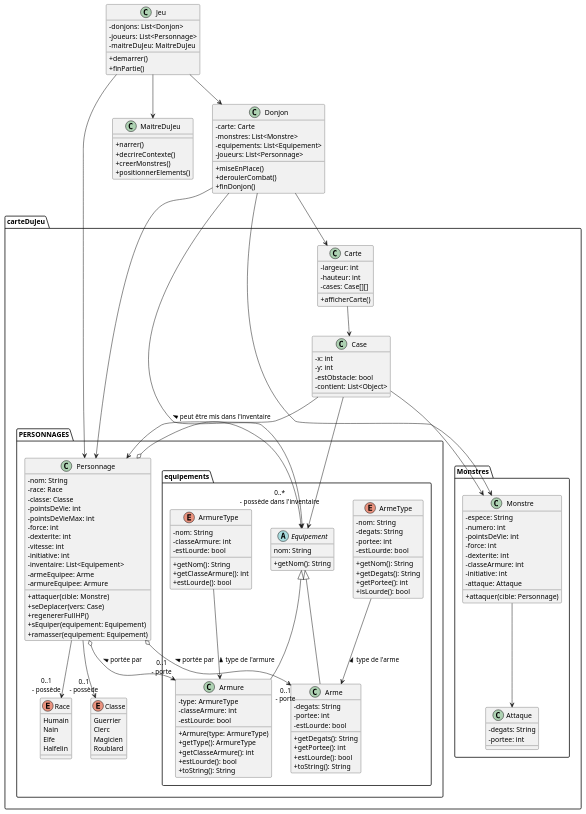
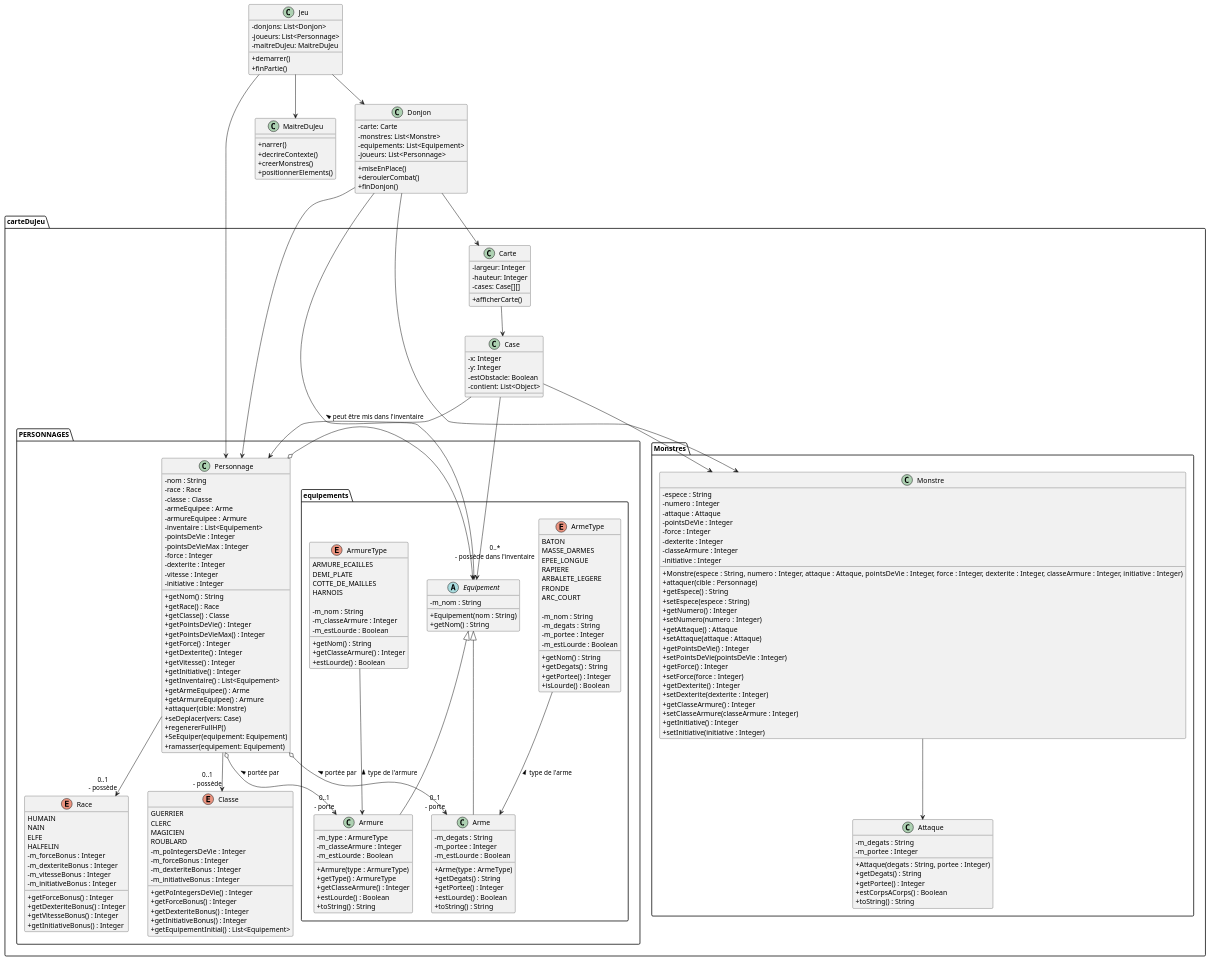
The diagram in uml/umlSemaine1.puml (ArthurALEXANDRE-29/doojons-and-dragons), drawn with PlantUML before and after one commit. The commit also changed 1 other file, not shown here.

Commit message:
mise à jour de l'uml + correction d'une erreur dans Monstres

```diff
--- a/uml/umlSemaine1.puml
+++ b/uml/umlSemaine1.puml
@@ -29,119 +29,191 @@
 }
 package carteDuJeu{
     class Carte {
-      - largeur: int
-      - hauteur: int
+      - largeur: Integer
+      - hauteur: Integer
       - cases: Case[][]
       + afficherCarte()
     }
 
     class Case {
-      - x: int
-      - y: int
-      - estObstacle: bool
+      - x: Integer
+      - y: Integer
+      - estObstacle: Boolean
       - contient: List<Object>
     }
 
     package PERSONNAGES {
         class Personnage {
-            - nom: String
-            - race: Race
-            - classe: Classe
-            - pointsDeVie: int
-            - pointsDeVieMax: int
-            - force: int
-            - dexterite: int
-            - vitesse: int
-            - initiative: int
-            - inventaire: List<Equipement>
-            - armeEquipee: Arme
-            - armureEquipee: Armure
+            - nom : String
+            - race : Race
+            - classe : Classe
+            - armeEquipee : Arme
+            - armureEquipee : Armure
+            - inventaire : List<Equipement>
+            - pointsDeVie : Integer
+            - pointsDeVieMax : Integer
+            - force : Integer
+            - dexterite : Integer
+            - vitesse : Integer
+            - initiative : Integer
+            + getNom() : String
+            + getRace() : Race
+            + getClasse() : Classe
+            + getPointsDeVie() : Integer
+            + getPointsDeVieMax() : Integer
+            + getForce() : Integer
+            + getDexterite() : Integer
+            + getVitesse() : Integer
+            + getInitiative() : Integer
+            + getInventaire() : List<Equipement>
+            + getArmeEquipee() : Arme
+            + getArmureEquipee() : Armure
             + attaquer(cible: Monstre)
             + seDeplacer(vers: Case)
             + regenererFullHP()
-            + sEquiper(equipement: Equipement)
+            + SeEquiper(equipement: Equipement)
             + ramasser(equipement: Equipement)
         }
 
         enum Race {
-            Humain
-            Nain
-            Elfe
-            Halfelin
+          HUMAIN
+          NAIN
+          ELFE
+          HALFELIN
+          - m_forceBonus : Integer
+          - m_dexteriteBonus : Integer
+          - m_vitesseBonus : Integer
+          - m_initiativeBonus : Integer
+
+          + getForceBonus() : Integer
+          + getDexteriteBonus() : Integer
+          + getVitesseBonus() : Integer
+          + getInitiativeBonus() : Integer
         }
 
         enum Classe {
-            Guerrier
-            Clerc
-            Magicien
-            Roublard
+            GUERRIER
+            CLERC
+            MAGICIEN
+            ROUBLARD
+            - m_poIntegersDeVie : Integer
+            - m_forceBonus : Integer
+            - m_dexteriteBonus : Integer
+            - m_initiativeBonus : Integer
+
+            + getPoIntegersDeVie() : Integer
+            + getForceBonus() : Integer
+            + getDexteriteBonus() : Integer
+            + getInitiativeBonus() : Integer
+            + getEquipementInitial() : List<Equipement>
         }
 
         ' ==== Equipements =====
         package equipements{
             abstract class Equipement {
-                 nom: String
-                 + getNom(): String
+                - m_nom : String
+
+                + Equipement(nom : String)
+                + getNom() : String
             }
+            class Arme extends Equipement {
+                - m_degats : String
+                - m_portee : Integer
+                - m_estLourde : Boolean
 
-            class Arme extends Equipement {
-                - degats: String
-                - portee: int
-                - estLourde: bool
-                + getDegats(): String
-                + getPortee(): int
-                + estLourde(): bool
-                + toString(): String
+                + Arme(type : ArmeType)
+                + getDegats() : String
+                + getPortee() : Integer
+                + estLourde() : Boolean
+                + toString() : String
             }
 
             class Armure extends Equipement {
-                - type: ArmureType
-                - classeArmure: int
-                - estLourde: bool
-                + Armure(type: ArmureType)
-                + getType(): ArmureType
-                + getClasseArmure(): int
-                + estLourde(): bool
-                + toString(): String
+                - m_type : ArmureType
+                - m_classeArmure : Integer
+                - m_estLourde : Boolean
+
+                + Armure(type : ArmureType)
+                + getType() : ArmureType
+                + getClasseArmure() : Integer
+                + estLourde() : Boolean
+                + toString() : String
             }
             enum ArmeType {
-                            - nom: String
-                            - degats: String
-                            - portee: int
-                            - estLourde: bool
-                            + getNom(): String
-                            + getDegats(): String
-                            + getPortee(): int
-                            + isLourde(): bool
-                        }
+              BATON
+              MASSE_DARMES
+              EPEE_LONGUE
+              RAPIERE
+              ARBALETE_LEGERE
+              FRONDE
+              ARC_COURT
+
+              - m_nom : String
+              - m_degats : String
+              - m_portee : Integer
+              - m_estLourde : Boolean
+
+              + getNom() : String
+              + getDegats() : String
+              + getPortee() : Integer
+              + isLourde() : Boolean
+            }
             enum ArmureType {
-                            - nom: String
-                            - classeArmure: int
-                            - estLourde: bool
-                            + getNom(): String
-                            + getClasseArmure(): int
-                            + estLourde(): bool
-                        }
+                ARMURE_ECAILLES
+                DEMI_PLATE
+                COTTE_DE_MAILLES
+                HARNOIS
+
+                - m_nom : String
+                - m_classeArmure : Integer
+                - m_estLourde : Boolean
+
+                + getNom() : String
+                + getClasseArmure() : Integer
+                + estLourde() : Boolean
+            }
         }
     }
 
     ' ===== MONSTRES =====
     package Monstres {
         class Monstre {
-          - espece: String
-          - numero: int
-          - pointsDeVie: int
-          - force: int
-          - dexterite: int
-          - classeArmure: int
-          - initiative: int
-          - attaque: Attaque
-          + attaquer(cible: Personnage)
+          - espece : String
+            - numero : Integer
+            - attaque : Attaque
+            - pointsDeVie : Integer
+            - force : Integer
+            - dexterite : Integer
+            - classeArmure : Integer
+            - initiative : Integer
+            + Monstre(espece : String, numero : Integer, attaque : Attaque, pointsDeVie : Integer, force : Integer, dexterite : Integer, classeArmure : Integer, initiative : Integer)
+            + attaquer(cible : Personnage)
+            + getEspece() : String
+            + setEspece(espece : String)
+            + getNumero() : Integer
+            + setNumero(numero : Integer)
+            + getAttaque() : Attaque
+            + setAttaque(attaque : Attaque)
+            + getPointsDeVie() : Integer
+            + setPointsDeVie(pointsDeVie : Integer)
+            + getForce() : Integer
+            + setForce(force : Integer)
+            + getDexterite() : Integer
+            + setDexterite(dexterite : Integer)
+            + getClasseArmure() : Integer
+            + setClasseArmure(classeArmure : Integer)
+            + getInitiative() : Integer
+            + setInitiative(initiative : Integer)
         }
 
         class Attaque {
-          - degats: String
-          - portee: int
+          - m_degats : String
+            - m_portee : Integer
+            + Attaque(degats : String, portee : Integer)
+            + getDegats() : String
+            + getPortee() : Integer
+            + estCorpsACorps() : Boolean
+            + toString() : String
         }
     }
 }
```
